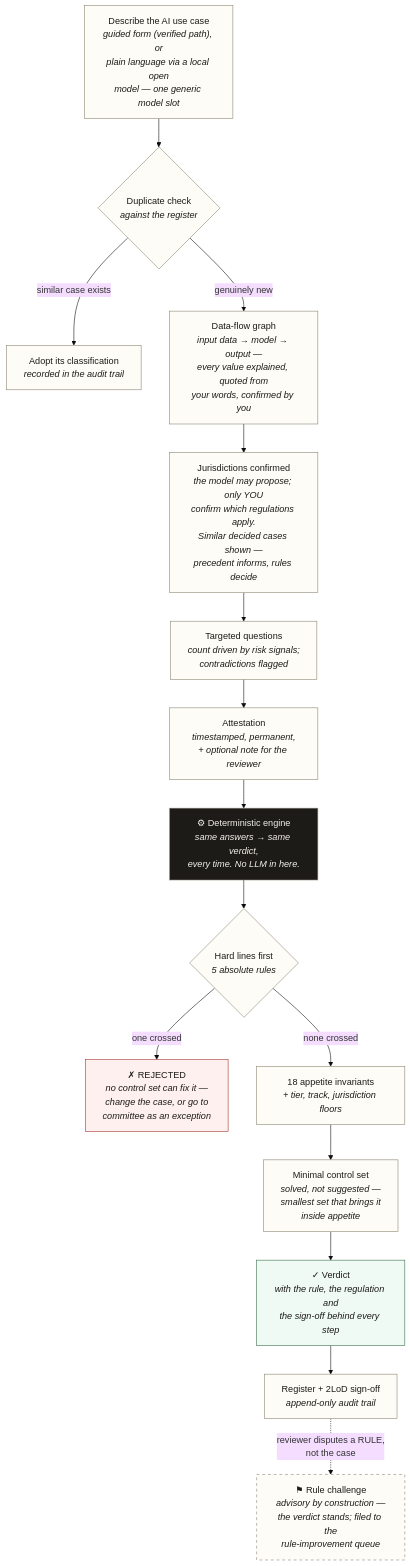
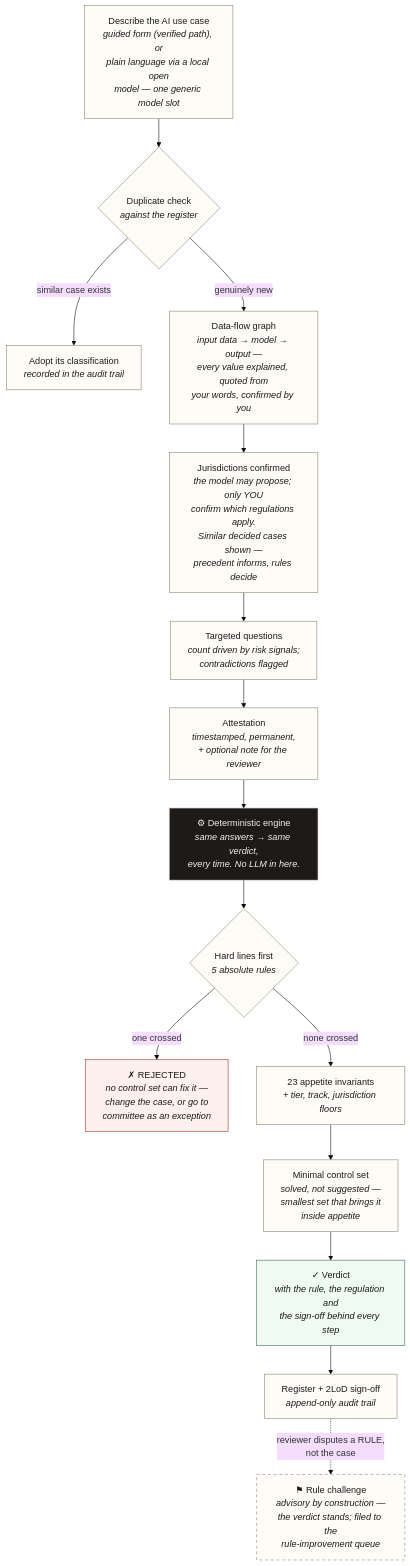
The second of 2 diagrams in README.md (oza977-max/ai-raf-precheck), drawn with Mermaid (base theme) before and after one commit. The commit also changed other lines of this file and 6 other files, not shown here.

````diff
--- a/README.md
+++ b/README.md
@@ -207,24 +232,24 @@
 ```mermaid
 flowchart TD
     A["Describe the AI use case<br/><i>guided form (verified path), or<br/>plain language via a local open<br/>model — one generic model slot</i>"] --> B{"Duplicate check<br/><i>against the register</i>"}
     B -->|"similar case exists"| B1["Adopt its classification<br/><i>recorded in the audit trail</i>"]
     B -->|"genuinely new"| C["Data-flow graph<br/><i>input data → model → output —<br/>every value explained, quoted from<br/>your words, confirmed by you</i>"]
     C --> C2["Jurisdictions confirmed<br/><i>the model may propose; only YOU<br/>confirm which regulations apply.<br/>Similar decided cases shown —<br/>precedent informs, rules decide</i>"]
     C2 --> D["Targeted questions<br/><i>count driven by risk signals;<br/>contradictions flagged</i>"]
     D --> E["Attestation<br/><i>timestamped, permanent,<br/>+ optional note for the reviewer</i>"]
     E --> F["⚙ Deterministic engine<br/><i>same answers → same verdict,<br/>every time. No LLM in here.</i>"]
 
     F --> G{"Hard lines first<br/><i>5 absolute rules</i>"}
     G -->|"one crossed"| H["✗ REJECTED<br/><i>no control set can fix it —<br/>change the case, or go to<br/>committee as an exception</i>"]
-    G -->|"none crossed"| I["18 appetite invariants<br/><i>+ tier, track, jurisdiction floors</i>"]
+    G -->|"none crossed"| I["23 appetite invariants<br/><i>+ tier, track, jurisdiction floors</i>"]
     I --> J["Minimal control set<br/><i>solved, not suggested —<br/>smallest set that brings it<br/>inside appetite</i>"]
     J --> K["✓ Verdict<br/><i>with the rule, the regulation and<br/>the sign-off behind every step</i>"]
     K --> L["Register + 2LoD sign-off<br/><i>append-only audit trail</i>"]
     L -.->|"reviewer disputes a RULE,<br/>not the case"| M["⚑ Rule challenge<br/><i>advisory by construction —<br/>the verdict stands; filed to the<br/>rule-improvement queue</i>"]
 
     classDef default fill:#fdfcf7,stroke:#8a8371,color:#1c1b18
     style F fill:#1c1b18,color:#f3f0e8
     style M stroke-dasharray: 5 5,fill:#fdfcf7,color:#1c1b18
     style H fill:#fdf0ef,stroke:#a8322a,color:#1c1b18
     style K fill:#f0faf4,stroke:#3a6b4a,color:#1c1b18
 ```
````
